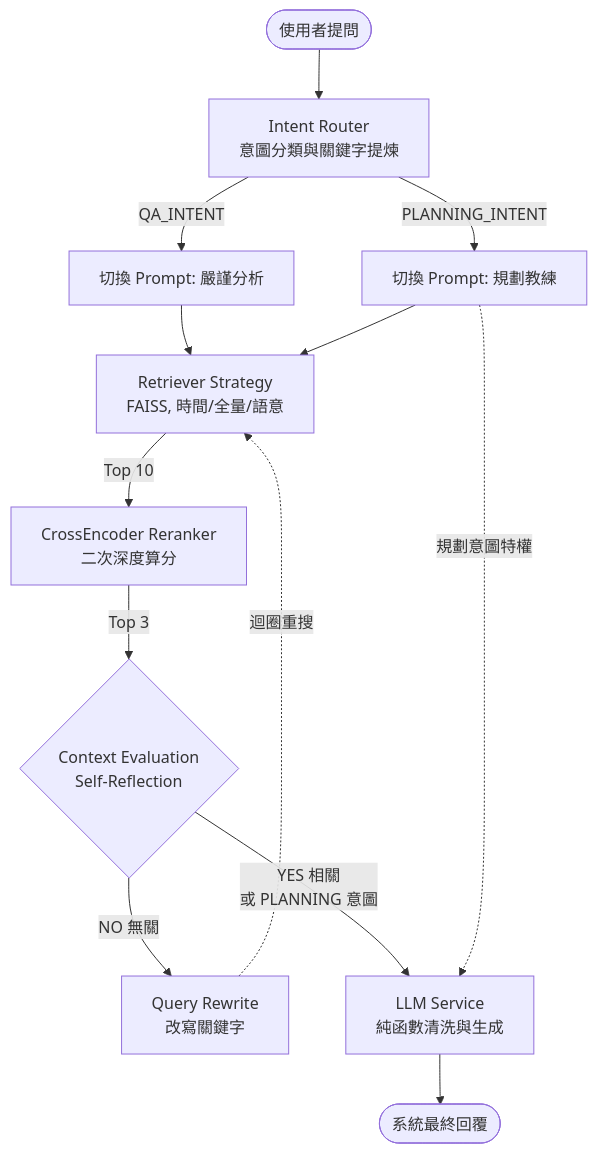
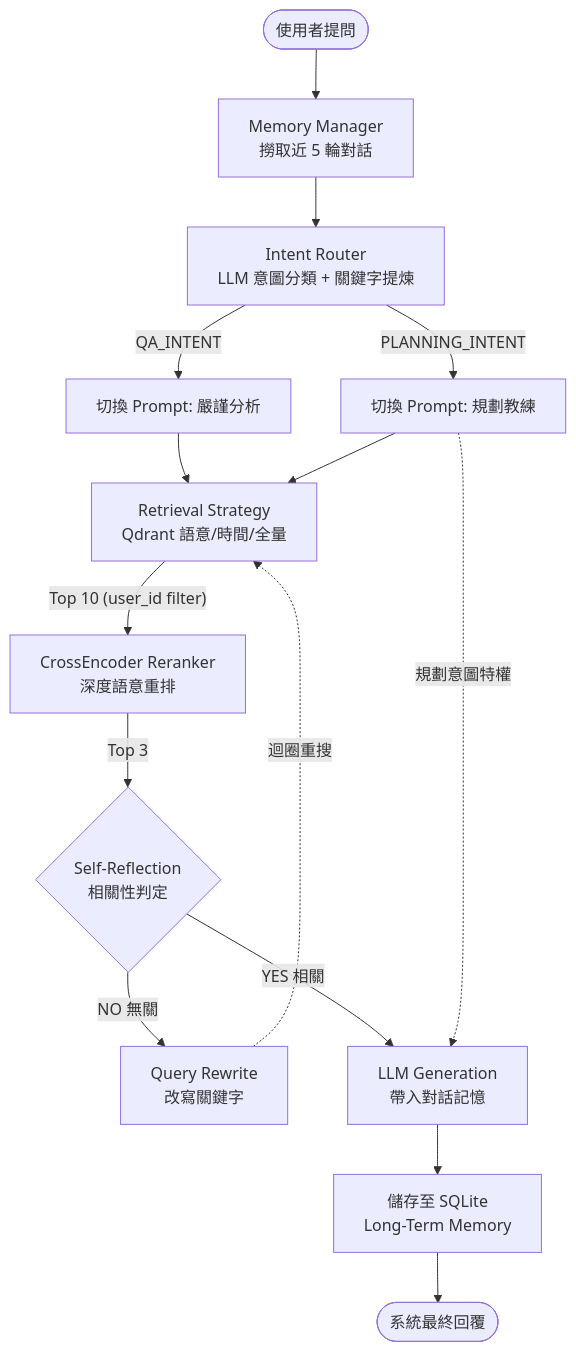
One commit to wei9072/rag-fitness-coach changed the second of 4 diagrams in README.md. Above: the diagram before and after it, drawn with Mermaid. The commit also changed other lines of this file and 48 other files, not shown here.

````diff
--- a/README.md
+++ b/README.md
@@ -118,25 +102,22 @@
 ```mermaid
 graph TD
-    User([使用者提問]) --> Router[Intent Router<br/>意圖分類與關鍵字提煉]
+    User([使用者提問]) --> Memory[Memory Manager<br/>撈取近 5 輪對話]
+    Memory --> Router[Intent Router<br/>LLM 意圖分類 + 關鍵字提煉]
     
-    %% Intent Router Branches
     Router -->|PLANNING_INTENT| PlannerBranch[切換 Prompt: 規劃教練]
     Router -->|QA_INTENT| QABranch[切換 Prompt: 嚴謹分析]
     
-    QABranch --> Ret[Retriever Strategy<br/>FAISS, 時間/全量/語意]
+    QABranch --> Ret[Retrieval Strategy<br/>Qdrant 語意/時間/全量]
     PlannerBranch --> Ret
     
-    %% Two Stage Retrieval
-    Ret -->|Top 10| Reranker[CrossEncoder Reranker<br/>二次深度算分]
-    Reranker -->|Top 3| Eval{Context Evaluation<br/>Self-Reflection}
+    Ret -->|"Top 10 (user_id filter)"| Reranker[CrossEncoder Reranker<br/>深度語意重排]
+    Reranker -->|Top 3| Eval{Self-Reflection<br/>相關性判定}
     
-    %% Agentic Workflow (For QA)
-    Eval -->|NO 無關| Rewrite[Query Rewrite<br/>改寫關鍵字]
+    Eval -->|"NO 無關"| Rewrite[Query Rewrite<br/>改寫關鍵字]
     Rewrite -.迴圈重搜.-> Ret
     
-    %% Generation
-    Eval -->|YES 相關<br/>或 PLANNING 意圖| Gen[LLM Service<br/>純函數清洗與生成]
-    
+    Eval -->|"YES 相關"| Gen[LLM Generation<br/>帶入對話記憶]
     PlannerBranch -.規劃意圖特權.-> Gen
-    Gen --> Final_Answer([系統最終回覆])
+    Gen --> Save[儲存至 SQLite<br/>Long-Term Memory]
+    Save --> Final([系統最終回覆])
 ```
````
